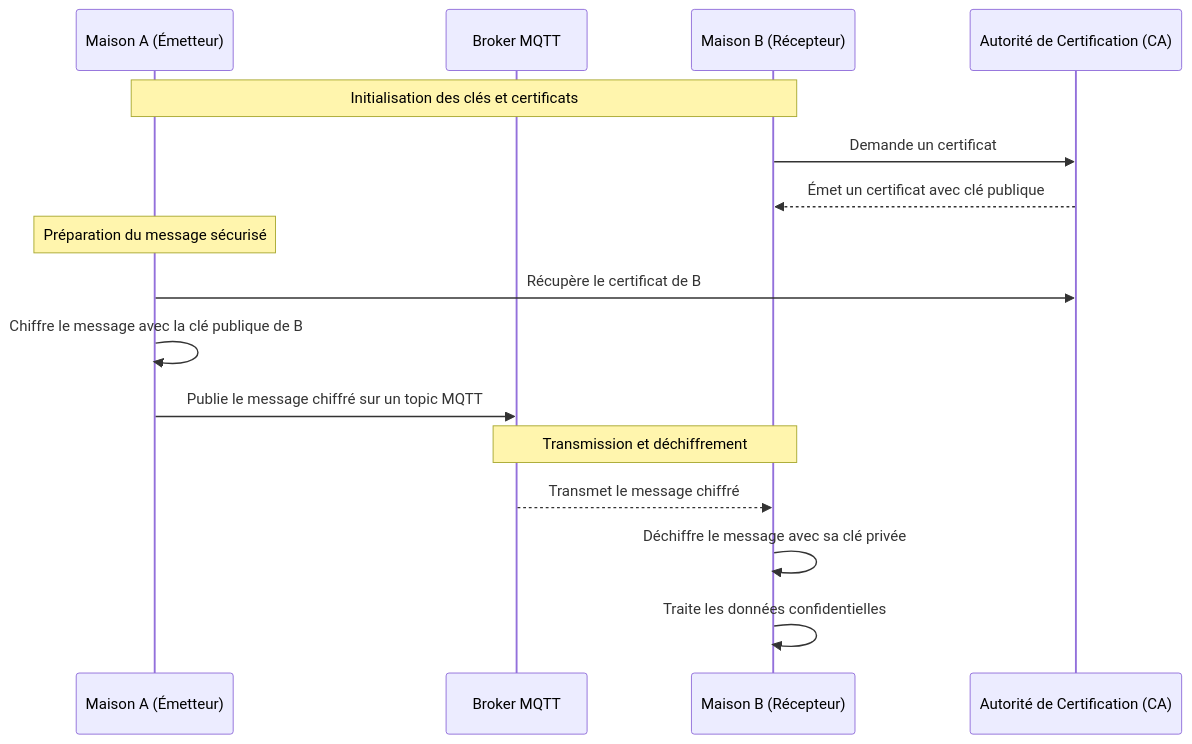
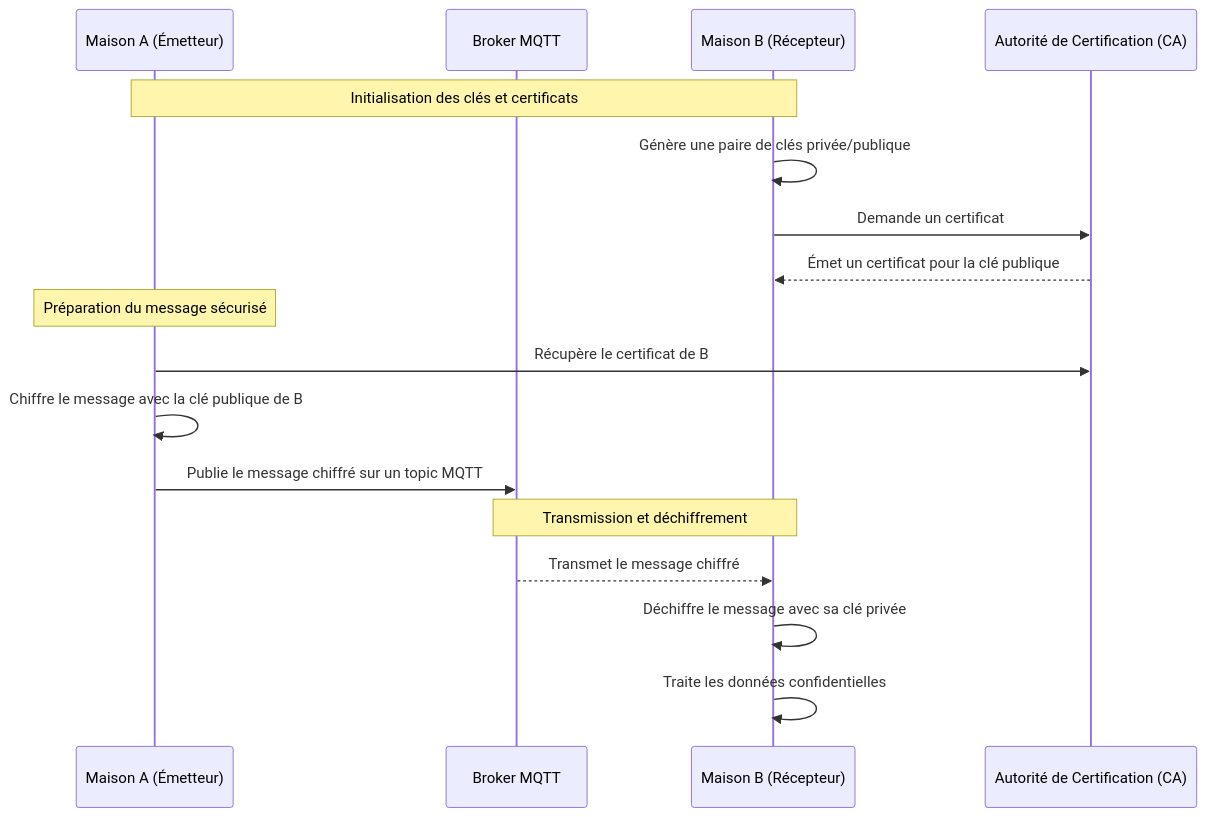
One commit to termimi/321-Prog_distrib changed the diagram in supports/confidentialite.md. Above: the diagram before and after it, drawn with Mermaid.

Commit message:
review(support): Adjust the secured message exchange sequence diagram

````diff
--- a/supports/confidentialite.md
+++ b/supports/confidentialite.md
@@ -38,18 +38,19 @@
 ```mermaid
 sequenceDiagram
     participant A as Maison A (Émetteur)
     participant Broker as Broker MQTT
     participant B as Maison B (Récepteur)
     participant CA as Autorité de Certification (CA)
     Note over A, B: Initialisation des clés et certificats
+    B ->> B: Génère une paire de clés privée/publique
     B ->> CA: Demande un certificat
-    CA -->> B: Émet un certificat avec clé publique
+    CA -->> B: Émet un certificat pour la clé publique
     Note over A: Préparation du message sécurisé
     A ->> CA: Récupère le certificat de B
     A ->> A: Chiffre le message avec la clé publique de B
     A ->> Broker: Publie le message chiffré sur un topic MQTT
     Note over Broker, B: Transmission et déchiffrement
     Broker -->> B: Transmet le message chiffré
     B ->> B: Déchiffre le message avec sa clé privée
     B ->> B: Traite les données confidentielles
 ```
````
